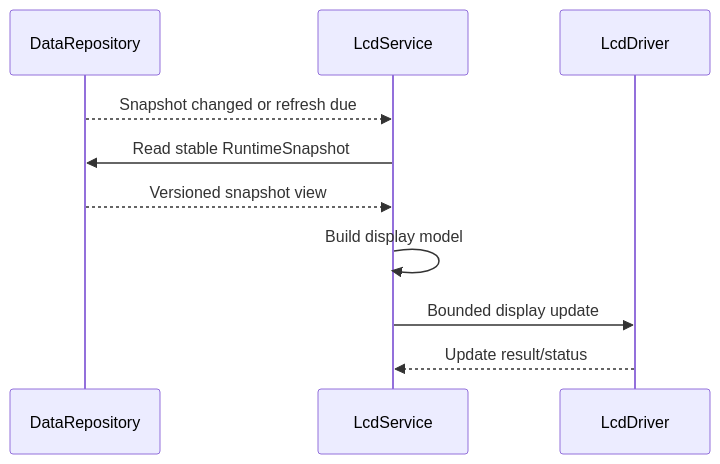
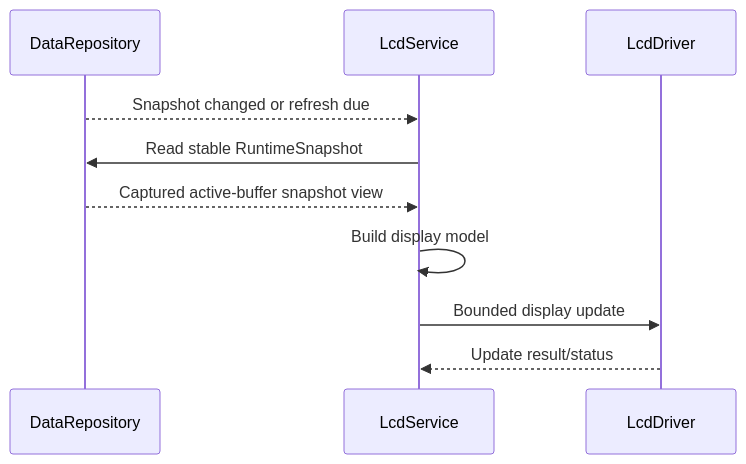
One commit to whoisLePhuc/smart-water-flow-pressure-monitor changed diagram 11 of 27 in 1.docs/00_overview/05_sequence_diagrams.md. Above: the diagram before and after it, drawn with Mermaid. The commit also changed other lines of this file and 11 other files, not shown here.

````diff
--- a/1.docs/00_overview/05_sequence_diagrams.md
+++ b/1.docs/00_overview/05_sequence_diagrams.md
@@ -436,13 +439,13 @@
 ```mermaid
 sequenceDiagram
     participant DR as DataRepository
     participant LCD as LcdService
     participant DRIVER as LcdDriver
 
     DR-->>LCD: Snapshot changed or refresh due
     LCD->>DR: Read stable RuntimeSnapshot
-    DR-->>LCD: Versioned snapshot view
+    DR-->>LCD: Captured active-buffer snapshot view
     LCD->>LCD: Build display model
     LCD->>DRIVER: Bounded display update
     DRIVER-->>LCD: Update result/status
 ```
````
